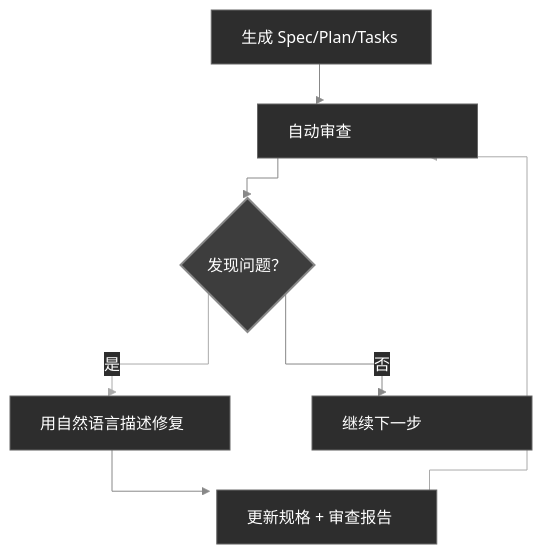
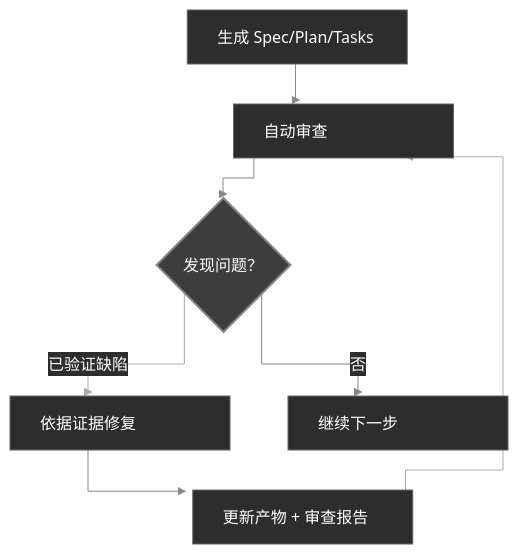
Before and after one commit to Zts0hg/codexspec: the diagram in README.zh-CN.md, drawn with Mermaid. The commit also changed other lines of this file and 66 other files, not shown here.

````diff
--- a/README.zh-CN.md
+++ b/README.zh-CN.md
@@ -340,31 +338,31 @@
 ```mermaid
 %%{init: {
   'theme': 'base',
   'themeVariables': {
     'lineColor': '#888888',
     'primaryColor': '#2d2d2d',
     'primaryTextColor': '#ffffff',
     'primaryBorderColor': '#666666'
   },
   'flowchart': {
     'curve': 'stepBefore',
     'nodeSpacing': 50,
     'rankSpacing': 40
   }
 }}%%
 flowchart TB
     classDef rectStyle fill:#2d2d2d,stroke:#666,stroke-width:1px,color:#fff,width:220px;
     classDef diamondStyle fill:#3d3d3d,stroke:#888,stroke-width:2px,color:#fff;
 
     A["生成 Spec/Plan/Tasks"]:::rectStyle --> B["自动审查"]:::rectStyle
     B --> C{"发现问题？"}:::diamondStyle
 
-    C -->|是| D["用自然语言描述修复"]:::rectStyle
-    D --> E["更新规格 + 审查报告"]:::rectStyle
+    C -->|已验证缺陷| D["依据证据修复"]:::rectStyle
+    D --> E["更新产物 + 审查报告"]:::rectStyle
 
     E --> B
 
     C -->|否| F["继续下一步"]:::rectStyle
 
     linkStyle 2,4 stroke:#aaa,stroke-width:1px;
 ```
````
